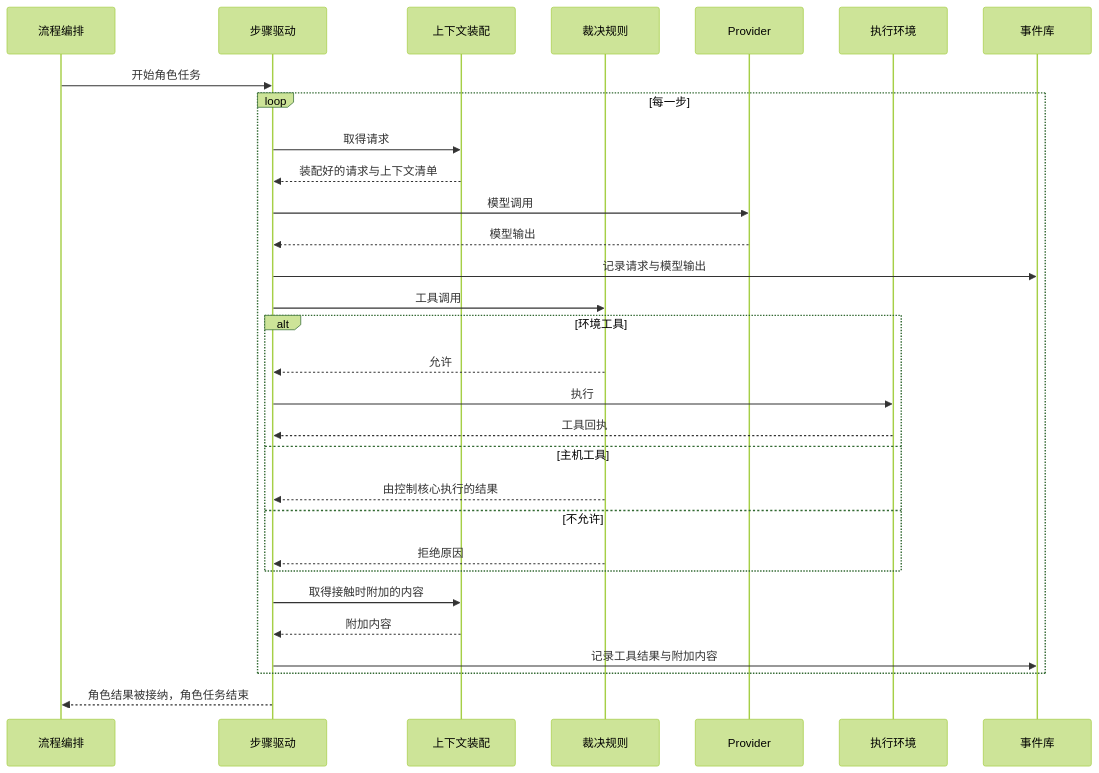
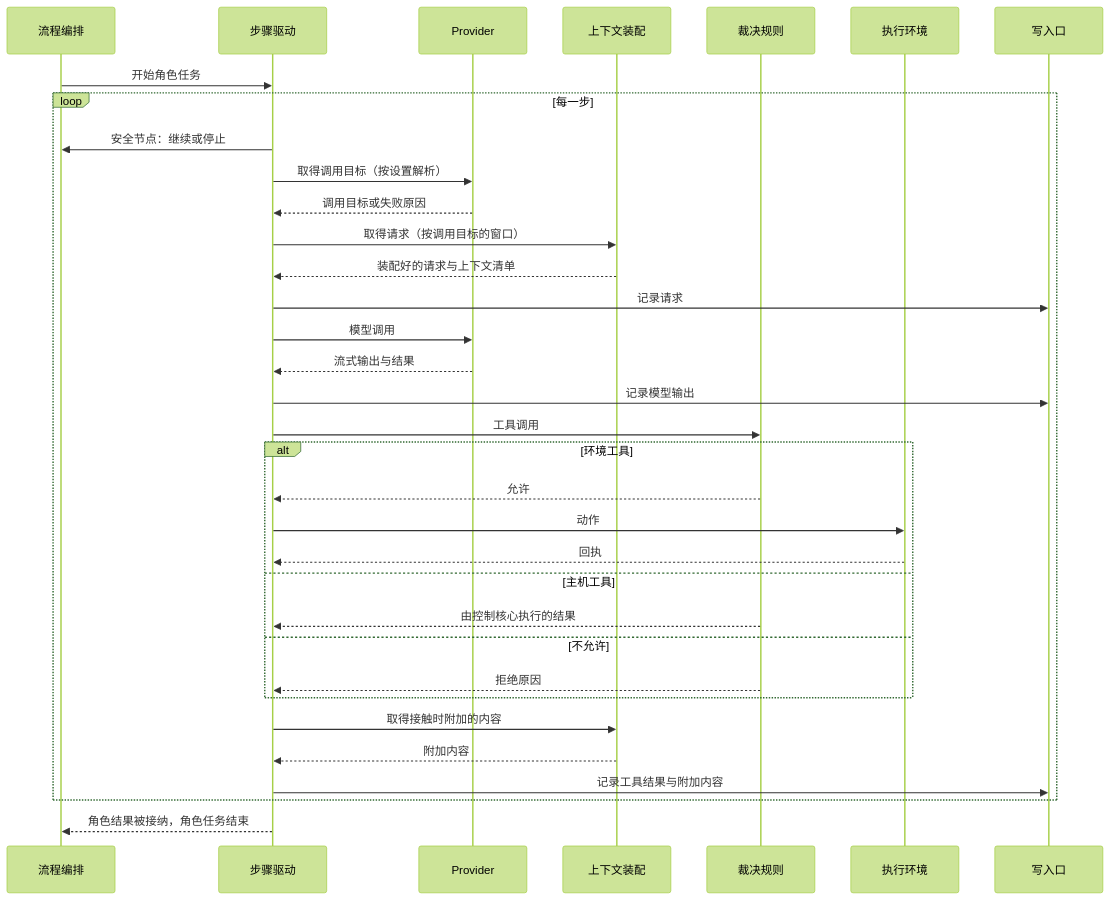
One commit to bender2333/yudao changed the second of 2 diagrams in docs/design/architecture/overall-architecture.md. Above: the diagram before and after it, drawn with Mermaid (forest theme). The commit also changed other lines of this file and 13 other files, not shown here.

First line of the commit message:
docs: 长期架构：ADR-0011 至 ADR-0015，重写总体架构，路线图加入 #44、#45

````diff
--- a/docs/design/architecture/overall-architecture.md
+++ b/docs/design/architecture/overall-architecture.md
@@ -104,32 +129,36 @@
 ```mermaid
 sequenceDiagram
   participant O as 流程编排
   participant S as 步骤驱动
+  participant PM as Provider
   participant P as 上下文装配
   participant U as 裁决规则
-  participant PM as Provider
-  participant T as 执行环境
-  participant ES as 事件库
+  participant E as 执行环境
+  participant W as 写入口
   O->>S: 开始角色任务
   loop 每一步
-    S->>P: 取得请求
+    S->>O: 安全节点：继续或停止
+    S->>PM: 取得调用目标（按设置解析）
+    PM-->>S: 调用目标或失败原因
+    S->>P: 取得请求（按调用目标的窗口）
     P-->>S: 装配好的请求与上下文清单
+    S->>W: 记录请求
     S->>PM: 模型调用
-    PM-->>S: 模型输出
-    S->>ES: 记录请求与模型输出
+    PM-->>S: 流式输出与结果
+    S->>W: 记录模型输出
     S->>U: 工具调用
     alt 环境工具
       U-->>S: 允许
-      S->>T: 执行
-      T-->>S: 工具回执
+      S->>E: 动作
+      E-->>S: 回执
     else 主机工具
       U-->>S: 由控制核心执行的结果
     else 不允许
       U-->>S: 拒绝原因
     end
     S->>P: 取得接触时附加的内容
     P-->>S: 附加内容
-    S->>ES: 记录工具结果与附加内容
+    S->>W: 记录工具结果与附加内容
   end
   S-->>O: 角色结果被接纳，角色任务结束
 ```
````
